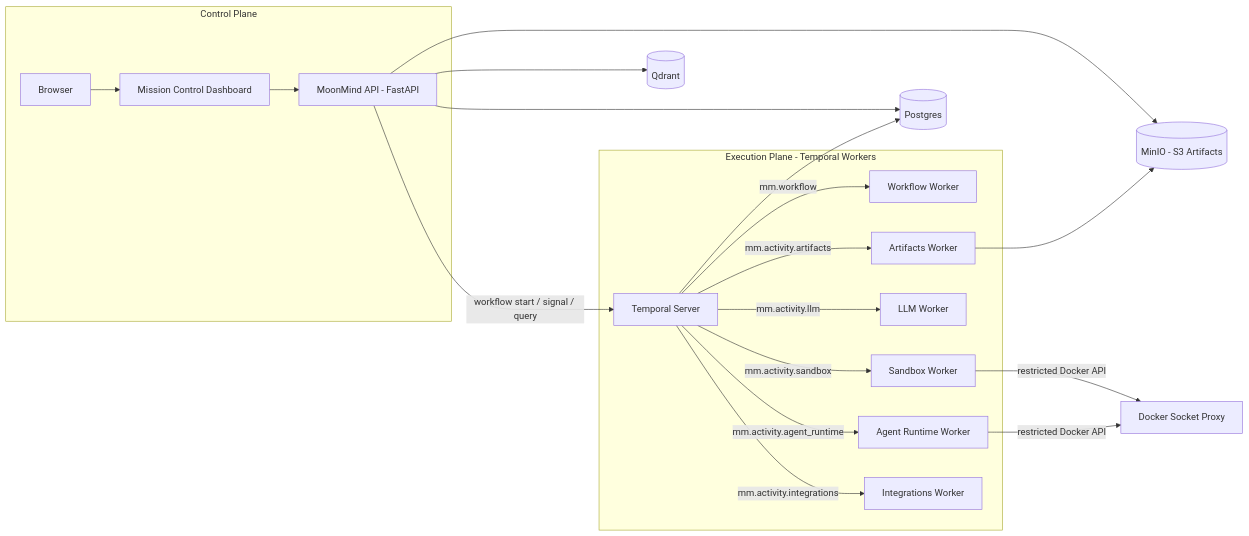
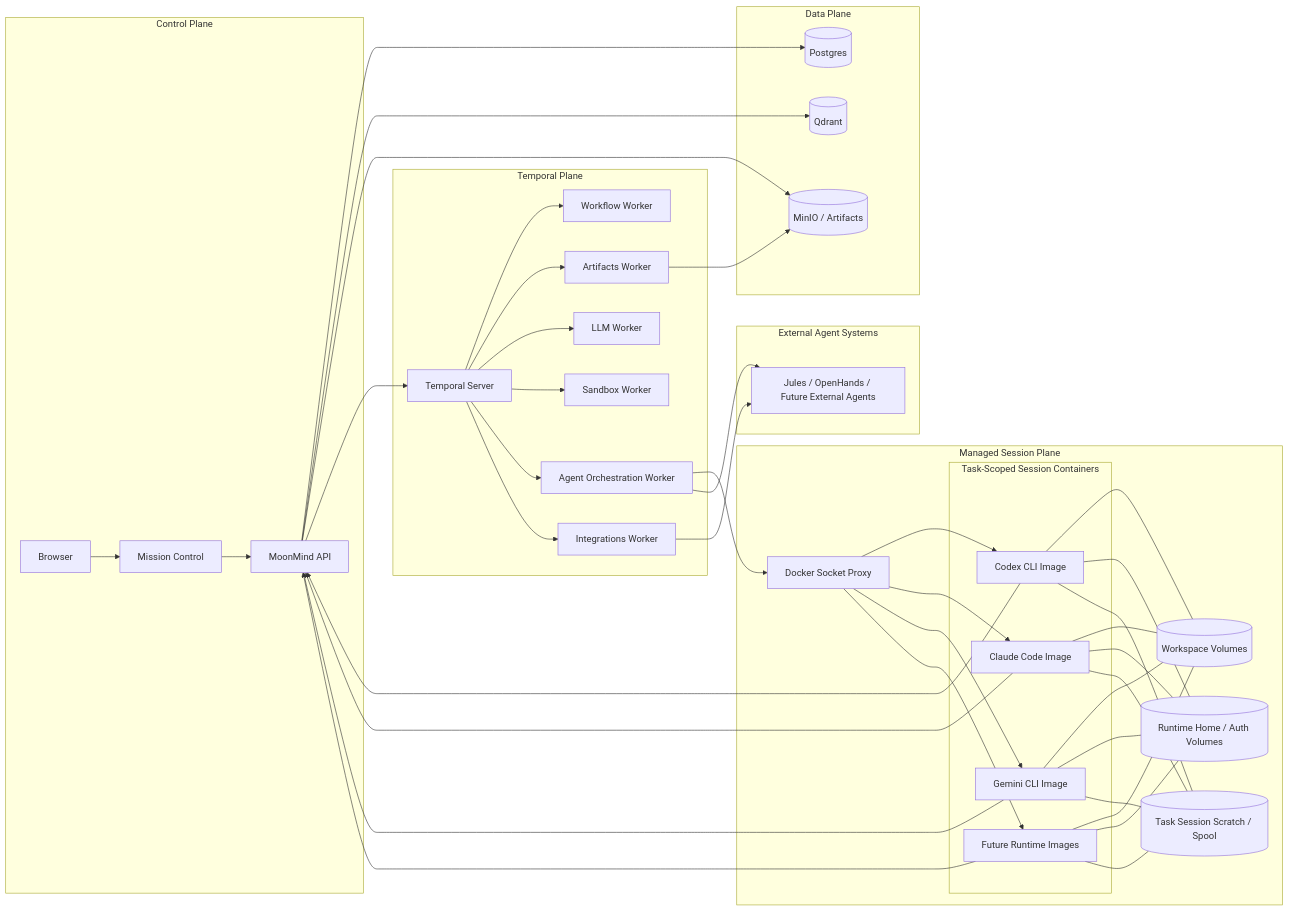
Before and after one commit to MoonLadderStudios/MoonMind: the diagram in docs/MoonMindArchitecture.md, drawn with Mermaid. The commit also changed other lines of this file and 2 other files, not shown here.

Commit message:
update documentation with new runtime direction

````diff
--- a/docs/MoonMindArchitecture.md
+++ b/docs/MoonMindArchitecture.md
@@ -13,25 +19,84 @@
 ```mermaid
 flowchart LR
-  subgraph Control Plane
-    U[Browser] --> MC[Mission Control Dashboard]
-    MC --> API[MoonMind API - FastAPI]
+  subgraph ControlPlane["Control Plane"]
+    U[Browser]
+    MC[Mission Control]
+    API[MoonMind API]
+    U --> MC --> API
   end
 
-  API --> PG[(Postgres)]
-  API --> QD[(Qdrant)]
-  API -->|workflow start / signal / query| TMP[Temporal Server]
-  API --> MN[(MinIO - S3 Artifacts)]
-
-  subgraph Execution Plane - Temporal Workers
-    TMP -->|mm.workflow| W_WF[Workflow Worker]
-    TMP -->|mm.activity.artifacts| W_ART[Artifacts Worker]
-    TMP -->|mm.activity.llm| W_LLM[LLM Worker]
-    TMP -->|mm.activity.sandbox| W_SB[Sandbox Worker]
-    TMP -->|mm.activity.agent_runtime| W_AR[Agent Runtime Worker]
-    TMP -->|mm.activity.integrations| W_INT[Integrations Worker]
+  subgraph DataPlane["Data Plane"]
+    PG[(Postgres)]
+    QD[(Qdrant)]
+    MN[(MinIO / Artifacts)]
   end
 
-  W_SB & W_AR -->|restricted Docker API| DP[Docker Socket Proxy]
-  W_ART --> MN
-  TMP --> PG
+  subgraph TemporalPlane["Temporal Plane"]
+    TMP[Temporal Server]
+    WF[Workflow Worker]
+    ART[Artifacts Worker]
+    LLM[LLM Worker]
+    SB[Sandbox Worker]
+    AO[Agent Orchestration Worker]
+    INT[Integrations Worker]
+  end
+
+  subgraph ManagedSessionPlane["Managed Session Plane"]
+    DP[Docker Socket Proxy]
+    subgraph SessionContainers["Task-Scoped Session Containers"]
+      COD[Codex CLI Image]
+      CLA[Claude Code Image]
+      GEM[Gemini CLI Image]
+      FUT[Future Runtime Images]
+    end
+    WV[(Workspace Volumes)]
+    HV[(Runtime Home / Auth Volumes)]
+    SV[(Task Session Scratch / Spool)]
+  end
+
+  subgraph ExternalAgentSystems["External Agent Systems"]
+    EXT[Jules / OpenHands / Future External Agents]
+  end
+
+  API --> PG
+  API --> QD
+  API --> MN
+  API --> TMP
+
+  TMP --> WF
+  TMP --> ART
+  TMP --> LLM
+  TMP --> SB
+  TMP --> AO
+  TMP --> INT
+
+  ART --> MN
+  AO --> DP
+  AO --> EXT
+  INT --> EXT
+
+  DP --> COD
+  DP --> CLA
+  DP --> GEM
+  DP --> FUT
+
+  COD --- WV
+  CLA --- WV
+  GEM --- WV
+  FUT --- WV
+
+  COD --- HV
+  CLA --- HV
+  GEM --- HV
+  FUT --- HV
+
+  COD --- SV
+  CLA --- SV
+  GEM --- SV
+  FUT --- SV
+
+  COD --> API
+  CLA --> API
+  GEM --> API
+  FUT --> API
 ```
````
